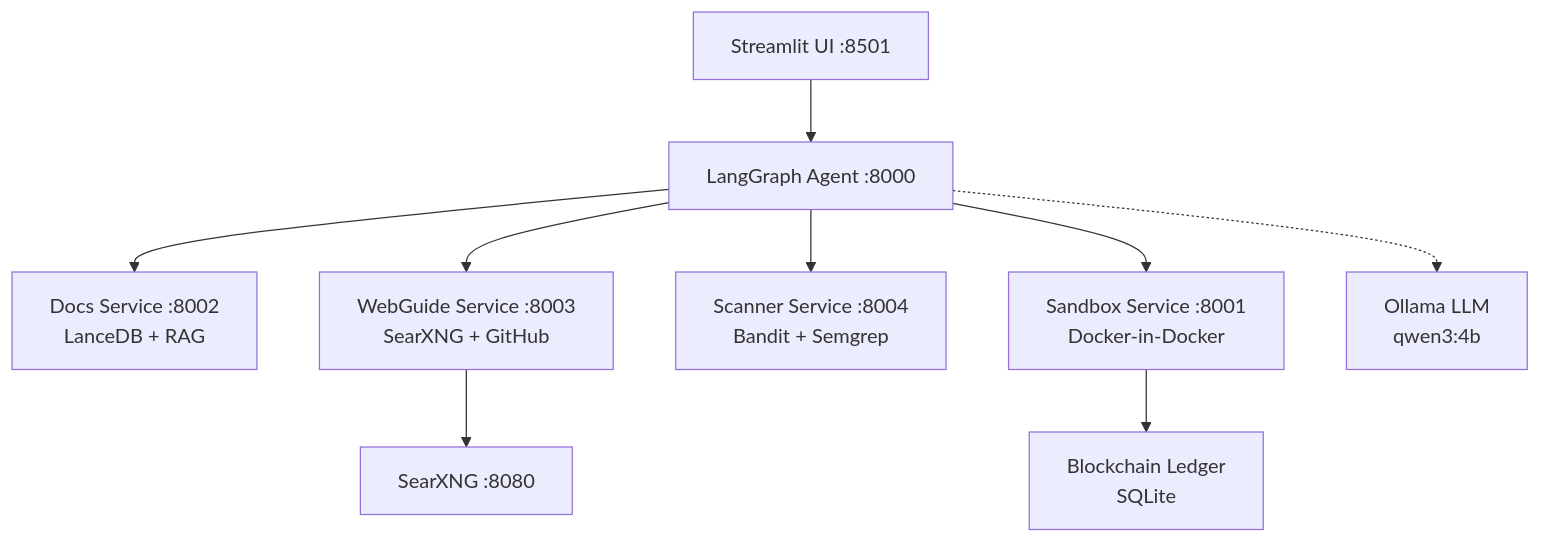
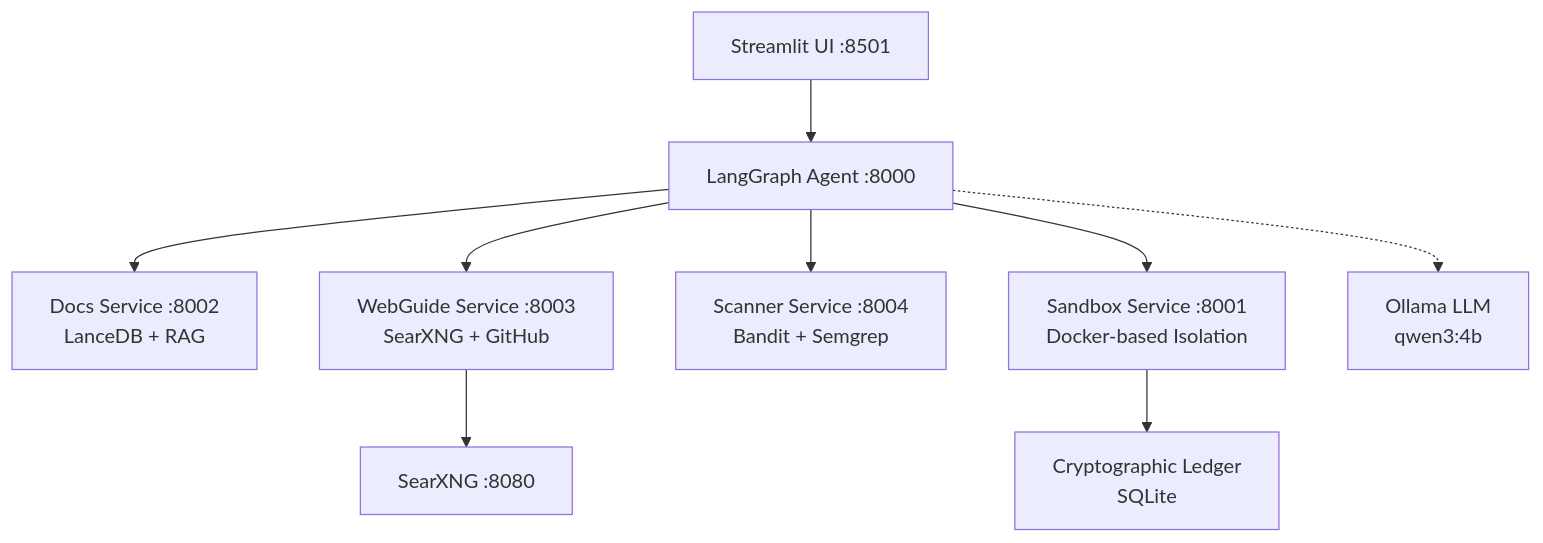
The diagram in README.md (MalakLH/Sourcely), drawn with Mermaid before and after one commit. The commit also changed other lines of this file and 1 other file, not shown here.

````diff
--- a/README.md
+++ b/README.md
@@ -27,11 +27,11 @@
 ```mermaid
 graph TD
     UI[Streamlit UI :8501] --> Agent[LangGraph Agent :8000]
     Agent --> Docs[Docs Service :8002<br/>LanceDB + RAG]
     Agent --> Web[WebGuide Service :8003<br/>SearXNG + GitHub]
     Agent --> Scanner[Scanner Service :8004<br/>Bandit + Semgrep]
-    Agent --> Sandbox[Sandbox Service :8001<br/>Docker-in-Docker]
+    Agent --> Sandbox[Sandbox Service :8001<br/>Docker-based Isolation]
     Web --> SearXNG[SearXNG :8080]
-    Sandbox --> Ledger[Blockchain Ledger<br/>SQLite]
+    Sandbox --> Ledger[Cryptographic Ledger<br/>SQLite]
     Agent -.-> Ollama[Ollama LLM<br/>qwen3:4b]
 ```
````
